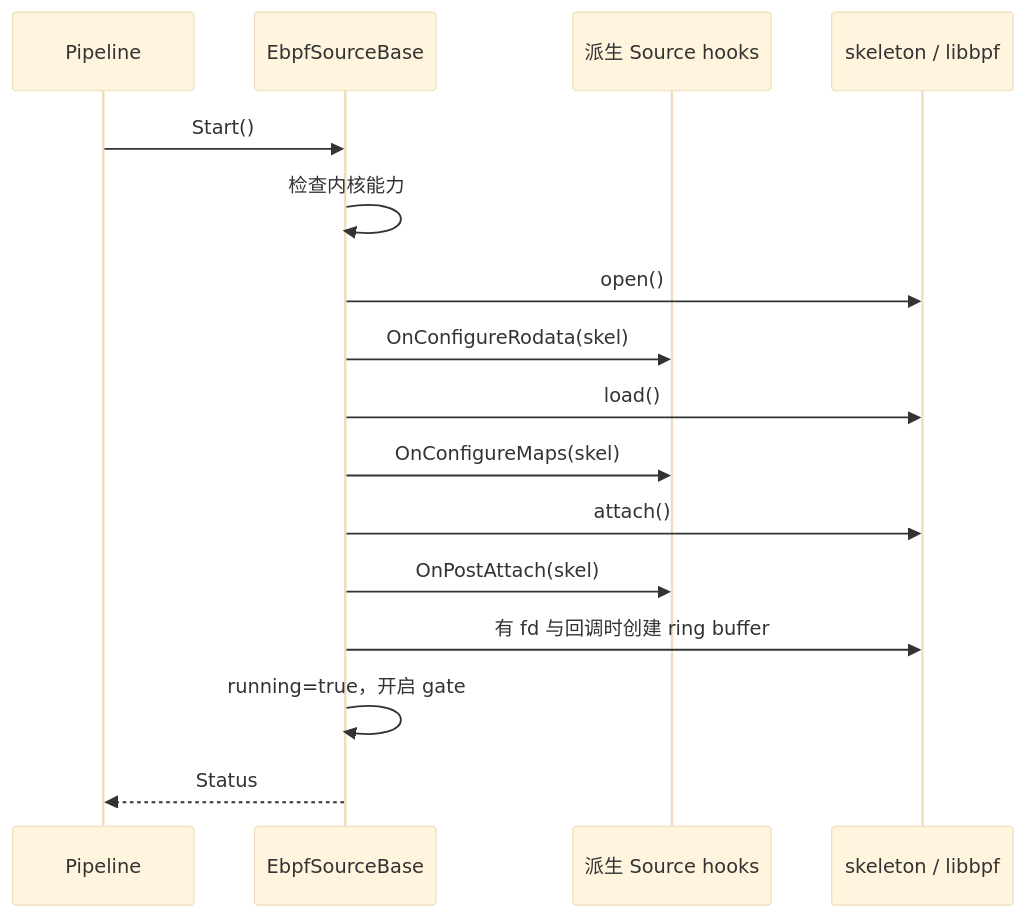
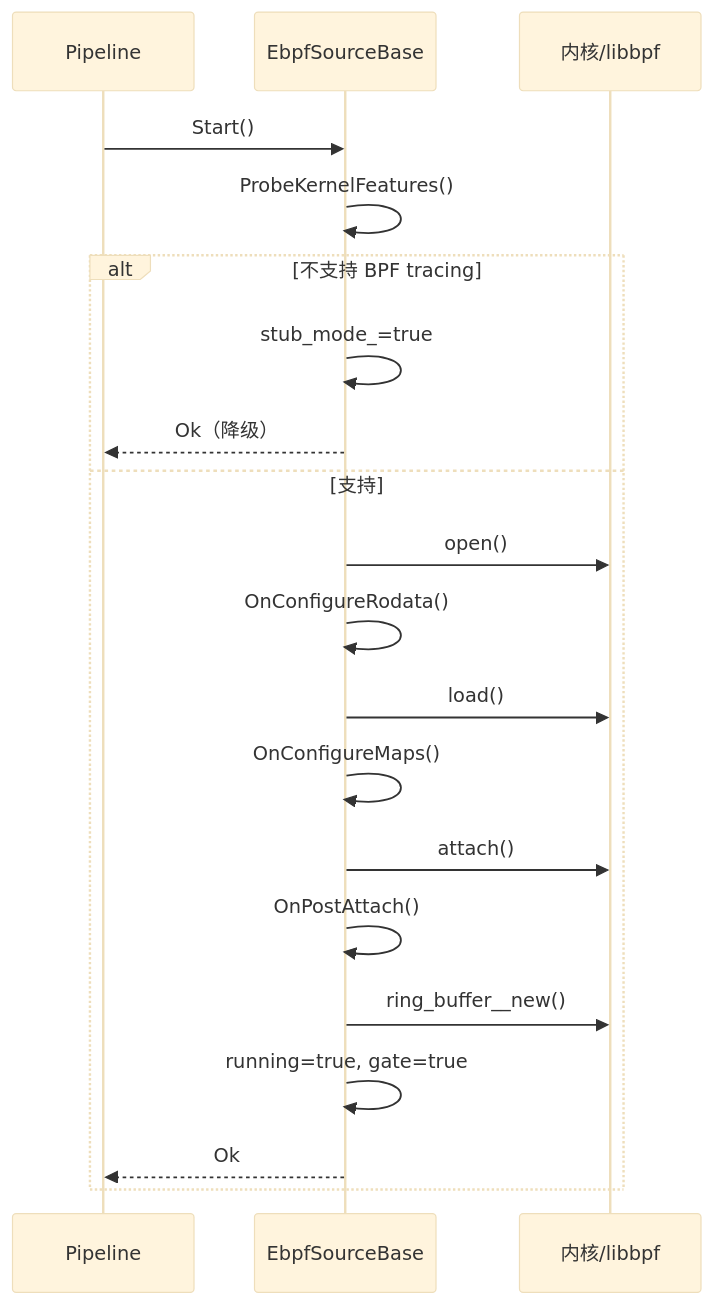
The second of 3 diagrams in docs/document/撰修司/illuminator性能监控平台/设计方案/07-ebpf-sdk.md (Franch-Toast/Scriptorium), drawn with Mermaid (base theme) before and after one commit. The commit also changed other lines of this file and 20 other files, not shown here.

````diff
--- a/docs/document/撰修司/illuminator性能监控平台/设计方案/07-ebpf-sdk.md
+++ b/docs/document/撰修司/illuminator性能监控平台/设计方案/07-ebpf-sdk.md
@@ -45,19 +87,23 @@
 ```mermaid
 %%{init: {"sequence":{"useMaxWidth":false}}}%%
 sequenceDiagram
     participant H as Pipeline
-    participant B as EbpfSourceBase
-    participant D as 派生 Source hooks
-    participant S as skeleton / libbpf
-    H->>B: Start()
-    B->>B: 检查内核能力
-    B->>S: open()
-    B->>D: OnConfigureRodata(skel)
-    B->>S: load()
-    B->>D: OnConfigureMaps(skel)
-    B->>S: attach()
-    B->>D: OnPostAttach(skel)
-    B->>S: 有 fd 与回调时创建 ring buffer
-    B->>B: running=true，开启 gate
-    B-->>H: Status
+    participant E as EbpfSourceBase
+    participant K as 内核/libbpf
+    H->>E: Start()
+    E->>E: ProbeKernelFeatures()
+    alt 不支持 BPF tracing
+        E->>E: stub_mode_=true
+        E-->>H: Ok（降级）
+    else 支持
+        E->>K: open()
+        E->>E: OnConfigureRodata()
+        E->>K: load()
+        E->>E: OnConfigureMaps()
+        E->>K: attach()
+        E->>E: OnPostAttach()
+        E->>K: ring_buffer__new()
+        E->>E: running=true, gate=true
+        E-->>H: Ok
+    end
 ```
````
